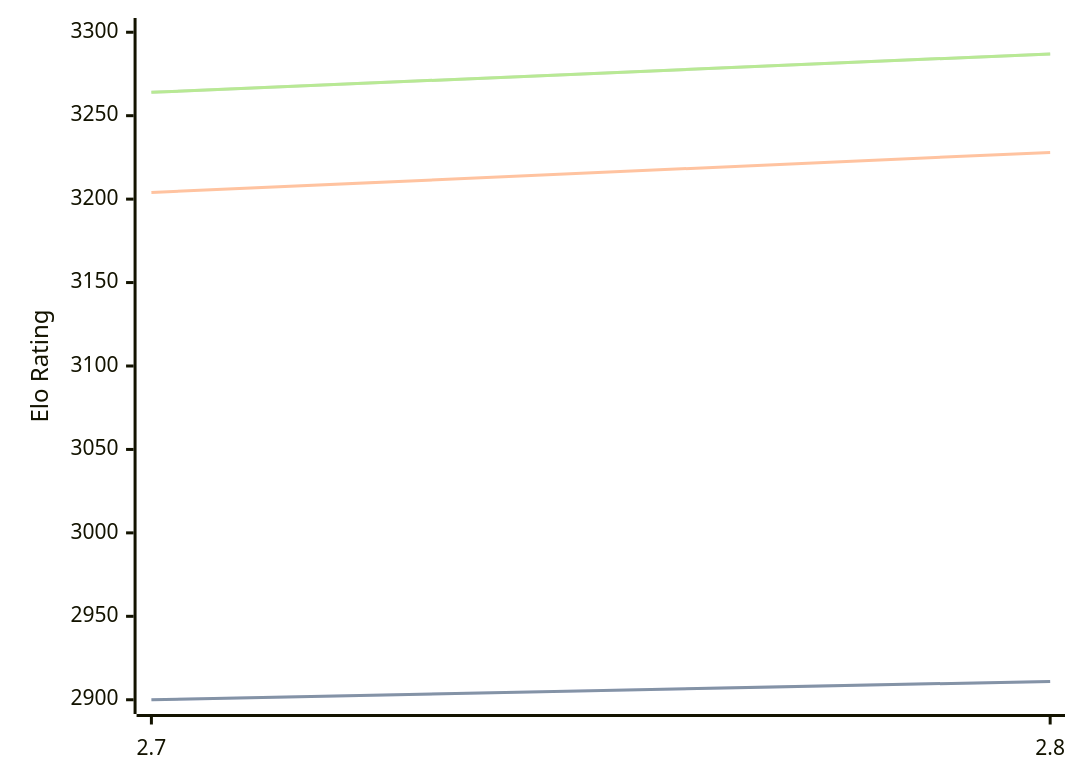
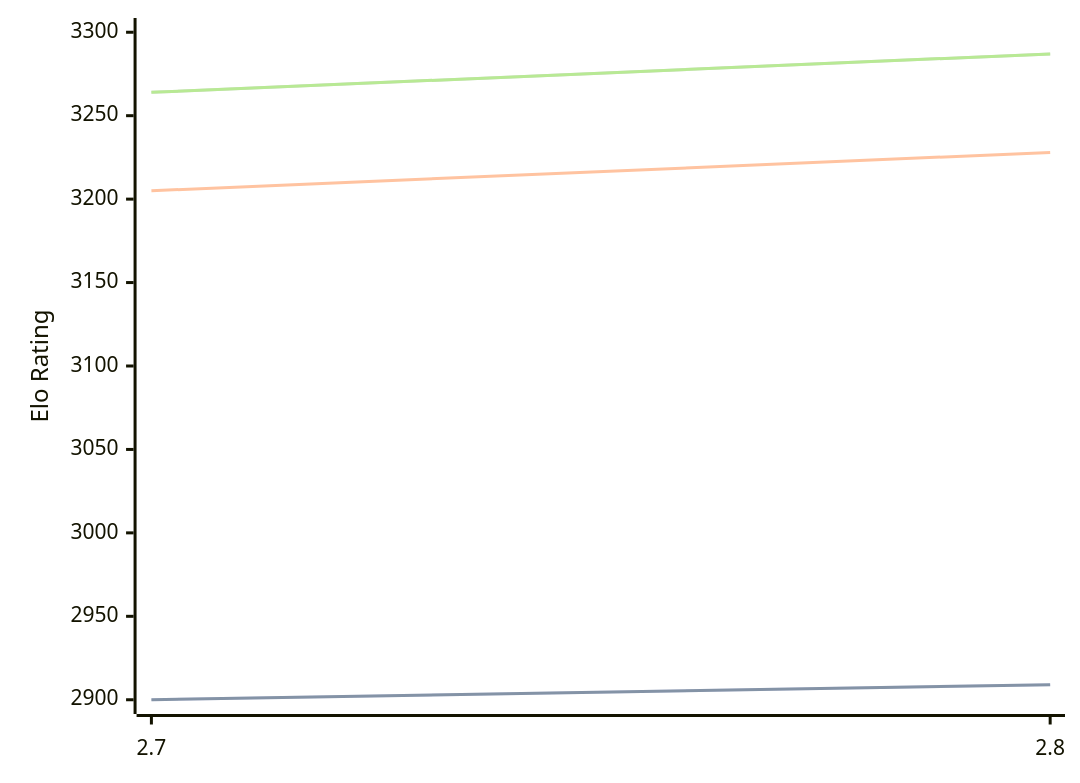
One commit to computer-chess-index/cci changed the diagram in engines/Arcanum.md. Above: the diagram before and after it, drawn with Mermaid. The commit also changed other lines of this file, not shown here.

````diff
--- a/engines/Arcanum.md
+++ b/engines/Arcanum.md
@@ -32,11 +32,11 @@
 ```mermaid
 %%{init: {"theme":"base","themeVariables":{"seriesColors:['#a3a3a3','#222221','#faa371']}}}%%
 xychart-beta
   x-axis ["2.7", "2.8"]
   y-axis "Elo Rating" 2900 --> 3300
-  line "" [2900, 2911]
-  line "STC (8.0+0.08s)" [2900, 2911]
-  line "LTC (60.0+0.60s)" [3204, 3228]
+  line "" [2900, 2909]
+  line "STC (8.0+0.08s)" [2900, 2909]
+  line "LTC (60.0+0.60s)" [3205, 3228]
   line "" [3264, 3287]
   line "VLTC (2m24s+1.12s)" [3264, 3287]
 ```
````
